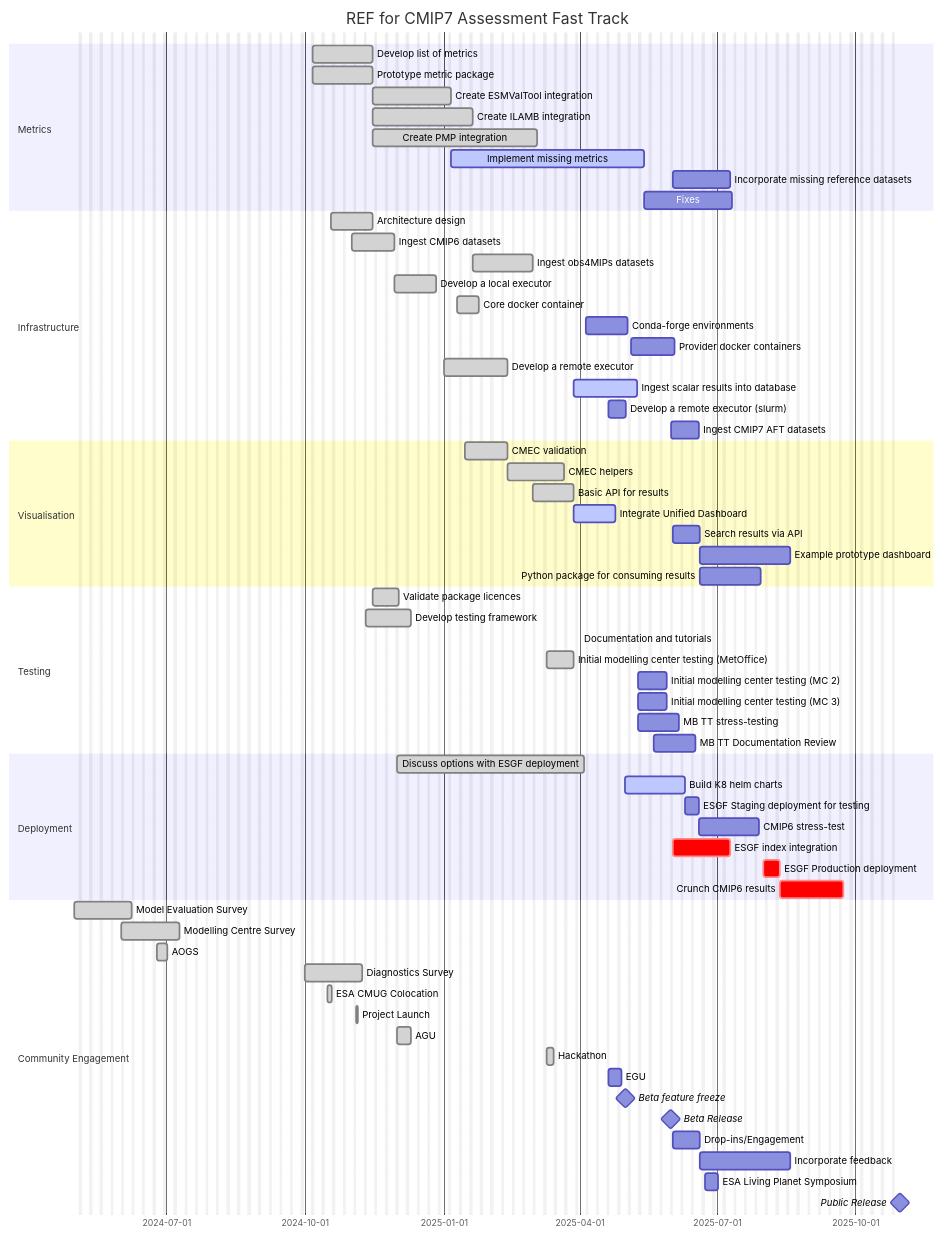
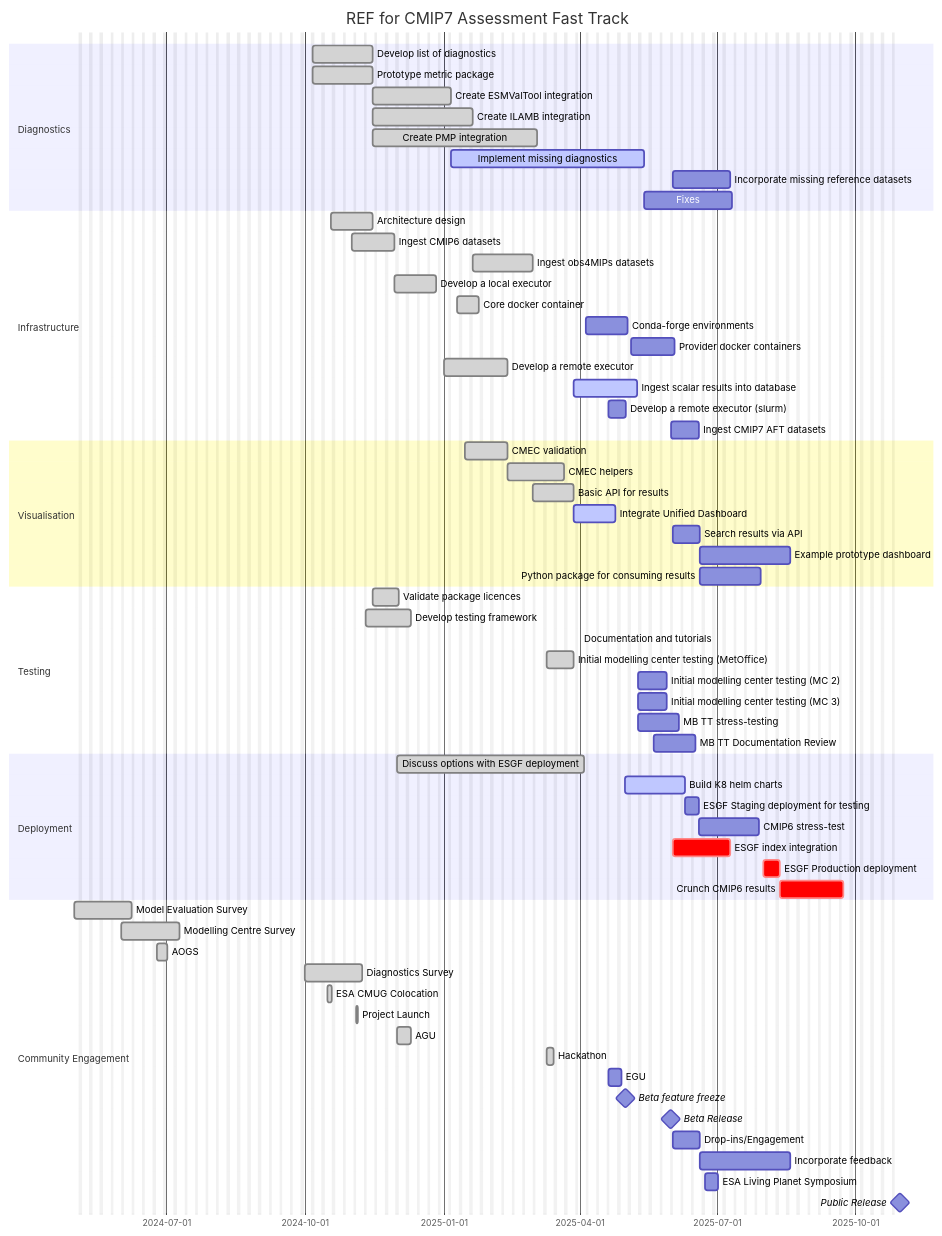
One commit to skoriche/Climate-REF4CMIP changed the diagram in docs/roadmap.md. Above: the diagram before and after it, drawn with Mermaid. The commit also changed other lines of this file and 112 other files, not shown here.

````diff
--- a/docs/roadmap.md
+++ b/docs/roadmap.md
@@ -23,82 +23,82 @@
 ```mermaid
 gantt
     dateFormat  YYYY-MM-DD
     title       REF for CMIP7 Assessment Fast Track
     excludes    weekends
 
-    section Metrics
+    section Diagnostics
 
-    Develop list of metrics                       :done, metrics, 2024-10-06, 30d
+    Develop list of diagnostics                       :done, metrics, 2024-10-06, 30d
     Prototype metric package                      :done, metricsPrototype, 2024-10-06, 30d
 
     Create ESMValTool integration                 :done, esmvaltool, after metricsPrototype, 2025-01-06
     Create ILAMB integration                      :done, ilamb, after metricsPrototype, 2025-01-20
     Create PMP integration                        :done, pmp, after metricsPrototype, 2025-03-04
 
-    Implement missing metrics                     :active, missing, after esmvaltool, 2025-05-14
+    Implement missing diagnostics                     :active, missing, after esmvaltool, 2025-05-14
     Incorporate missing reference datasets        :after beta, 4w
     Fixes                                         :after missing, 6w
 
     section Infrastructure
 
     Architecture design                           :done, 2024-10-18, 20d
 
     Ingest CMIP6 datasets                         :done, cmip6, 2024-11-01, 20d
     Ingest obs4MIPs datasets                      :done, 2025-01-20, 2025-03-01
     Develop a local executor                      :done, local, after cmip6, 20d
     Core docker container                         :done, dockerise, 2025-01-10, 10d
     Conda-forge environments                      :conda, 2025-04-05, 3w
     Provider docker containers                    :after conda, 3w
     Develop a remote executor                     :done, celery, 2025-01-01, 30d
     Ingest scalar results into database           :active,ingest, after results, 30d
     Develop a remote executor (slurm)             :slurm, 2025-04-20, 10d
     Ingest CMIP7 AFT datasets                        :2025-06-01, 2w
 
     section Visualisation
 
     CMEC validation                               :done, cmec, 2025-01-15, 20d
     CMEC helpers                                  :done, cmecHelpers, after cmec, 4w
     Basic API for results                         :done, results, 2025-03-01, 20d
     Integrate Unified Dashboard                   :active, ud, after results, 20d
     Search results via API                        :api-result, after beta, 2w
     Example prototype dashboard                   :dashboad, after api-result, 6w
     Python package for consuming results          :after api-result, 4w
 
 
     section Testing
     Validate package licences                     :done, 2024-11-15, 2024-12-02
     Develop testing framework                     :done, 2024-11-10, 2024-12-10
     Documentation and tutorials                   :active, 2025-05-06, 2025-04-01
     Initial modelling center testing (MetOffice)  :done, mc1, 2025-03-10, 14d
     Initial modelling center testing (MC 2)       :mc2, 2025-05-10, 14d
     Initial modelling center testing (MC 3)       :mc3, 2025-05-10, 14d
     MB TT stress-testing                          :2025-05-10, 20d
     MB TT Documentation Review                    :2025-05-20, 20d
 
     section Deployment
     Discuss options with ESGF deployment          :done, esgf, 2024-12-01, 90d
     Build K8 helm charts                          :active, helm, after 2025-04-01, 4w
     ESGF Staging deployment for testing                :staging, after helm, 1w
     CMIP6 stress-test                             :after staging, 4w
     ESGF index integration                        :crit, after beta, 4w
     ESGF Production deployment                         :crit, prod, 2025-08-01, 1w
     Crunch CMIP6 results                          :crit, after prod, 30d
 
     section Community Engagement
     Model Evaluation Survey                       :done, 2024-05-01, 4w
     Modelling Centre Survey                       :done, 2024-06-01, 4w
     AOGS                                          :done, 2024-06-25, 5d
     Diagnostics Survey                            :done, survey, 2024-10-01, 4w
     ESA CMUG Colocation                           :done, 2024-10-16, 3d
     Project Launch                                :done, 2024-11-04, 1d
     AGU                                           :done, 2024-12-01, 1w
     Hackathon                                     :done, hackathon, 2025-03-10, 5d
     EGU                                           :egu, 2025-04-20, 1w
     Beta feature freeze                           :milestone, beta, 2025-05-01, 1d
     Beta Release                                  :milestone, beta, 2025-05-30, 1d
     Drop-ins/Engagement                           :engagement, after beta, 2w
     Incorporate feedback                          :after engagement, 6w
     ESA Living Planet Symposium                   :lps, 2025-06-23, 1w
     Public Release                                :milestone, public, 2025-10-30, 1d
 
 ```
````
